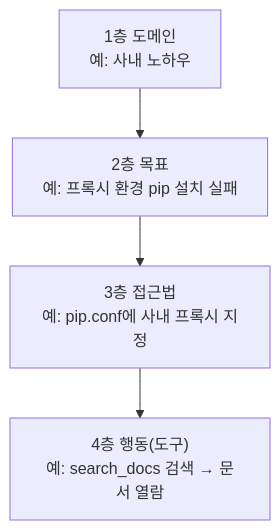
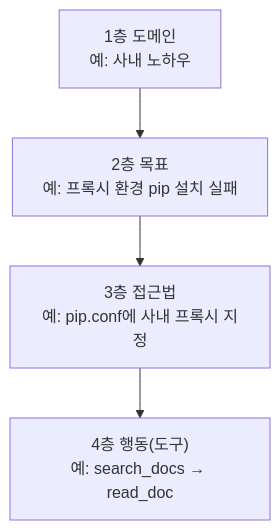
The seventh of 11 diagrams in docs/plan.md (catinbox276/graph-search-chat), drawn with Mermaid before and after one commit. The commit also changed other lines of this file and 4 other files, not shown here.

````diff
--- a/docs/plan.md
+++ b/docs/plan.md
@@ -92,6 +244,6 @@
 ```mermaid
 flowchart TB
     D["1층 도메인<br/>예: 사내 노하우"] --> G["2층 목표<br/>예: 프록시 환경 pip 설치 실패"]
     G --> A["3층 접근법<br/>예: pip.conf에 사내 프록시 지정"]
-    A --> T["4층 행동(도구)<br/>예: search_docs 검색 → 문서 열람"]
+    A --> T["4층 행동(도구)<br/>예: search_docs → read_doc"]
 ```
````
